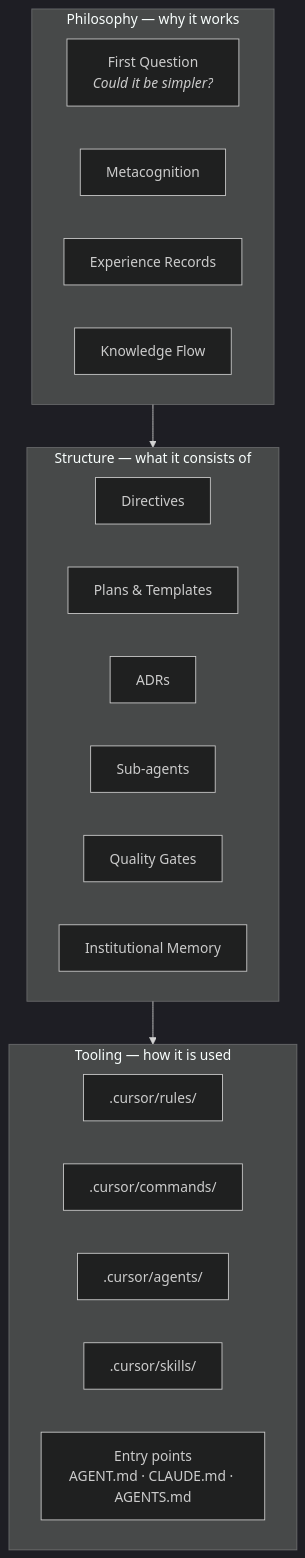
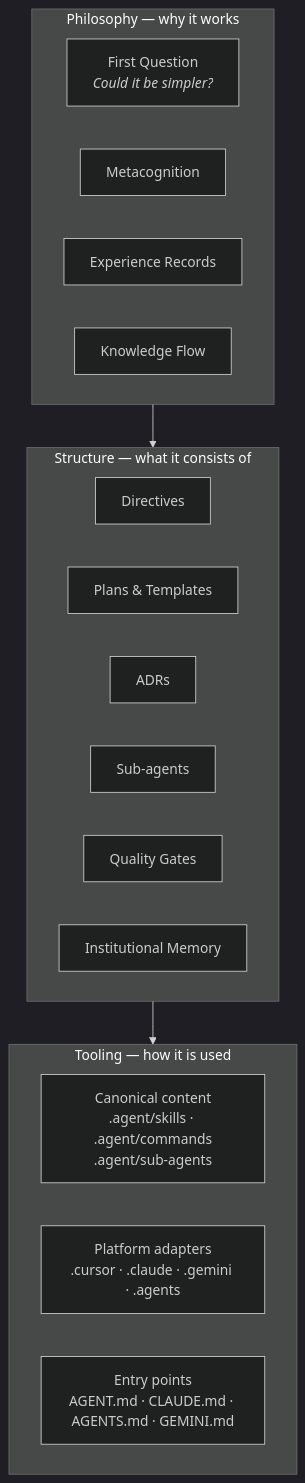
Before and after one commit to oaknational/oak-open-curriculum-ecosystem: the first of 3 diagrams in .agent/practice-core/practice.md, drawn with Mermaid (dark theme). The commit also changed other lines of this file and 313 other files, not shown here.

````diff
--- a/.agent/practice-core/practice.md
+++ b/.agent/practice-core/practice.md
@@ -29,28 +29,26 @@
 ```mermaid
 graph TB
     subgraph Philosophy ["Philosophy — why it works"]
         FQ["First Question<br/><i>Could it be simpler?</i>"]
         MC[Metacognition]
         EX[Experience Records]
         KF[Knowledge Flow]
     end
 
     subgraph Structure ["Structure — what it consists of"]
         DIR[Directives]
         PLANS[Plans & Templates]
         ADR[ADRs]
         SA[Sub-agents]
         QG[Quality Gates]
         MEM[Institutional Memory]
     end
 
     subgraph Tooling ["Tooling — how it is used"]
-        RULES[".cursor/rules/"]
-        CMDS[".cursor/commands/"]
-        AGENTS[".cursor/agents/"]
-        SKILLS[".cursor/skills/"]
-        ENTRY["Entry points<br/>AGENT.md · CLAUDE.md · AGENTS.md"]
+        CANON["Canonical content<br/>.agent/skills · .agent/commands<br/>.agent/sub-agents"]
+        ADAPT["Platform adapters<br/>.cursor · .claude · .gemini · .agents"]
+        ENTRY["Entry points<br/>AGENT.md · CLAUDE.md · AGENTS.md · GEMINI.md"]
     end
 
     Philosophy --> Structure --> Tooling
 ```
````
